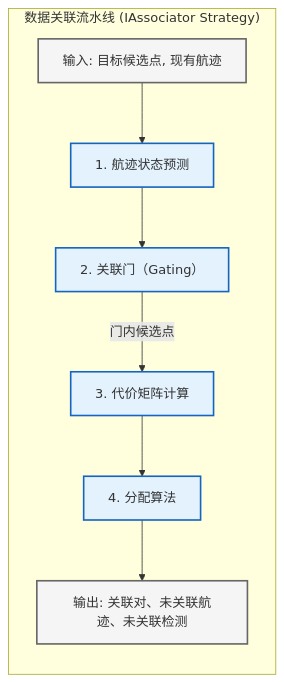
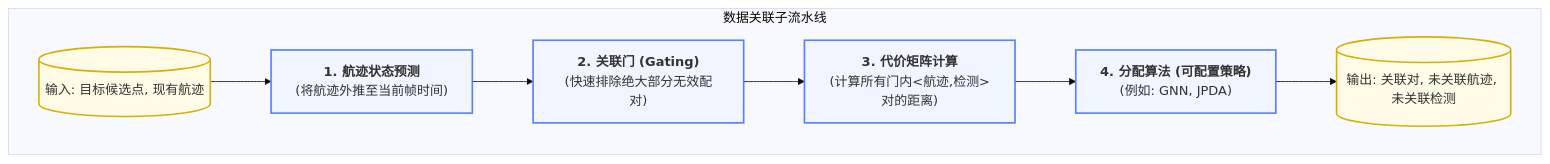
Before and after one commit to wendizhou99-cell/Radar: the seventh of 11 diagrams in docs/01_项目设计/02_模块设计/03_数据处理模块设计.md, drawn with Mermaid. The commit also changed other lines of this file and 26 other files, not shown here.

First line of the commit message:
docs: 完成数据架构文档系列重构和Mermaid可视化指南增强

````diff
--- a/docs/01_项目设计/02_模块设计/03_数据处理模块设计.md
+++ b/docs/01_项目设计/02_模块设计/03_数据处理模块设计.md
@@ -410,17 +518,28 @@
 ```mermaid
-flowchart TB
-    subgraph "数据关联流水线 (IAssociator Strategy)"
-        direction TB
+---
+  config:
+    theme: base
+    flowchart:
+      curve: basis
+---
+flowchart TD
+    %% --- 图例 (上下文颜色语义) ---
+    %% 数据实体 (浅黄)
+    %% 算法策略 (淡紫)
 
-        A[输入: 目标候选点, 现有航迹] --> B[1. 航迹状态预测];
-        B --> C[2. 关联门（Gating）];
-        C -- "门内候选点" --> D[3. 代价矩阵计算];
-        D --> E[4. 分配算法];
-        E --> F[输出: 关联对、未关联航迹、未关联检测];
+    subgraph "数据关联子流水线"
+        A[("输入: 目标候选点, 现有航迹")] --> B["<b>1. 航迹状态预测</b><br/>(将航迹外推至当前帧时间)"]
+        B --> C["<b>2. 关联门 (Gating)</b><br/>(快速排除绝大部分无效配对)"]
+        C --> D["<b>3. 代价矩阵计算</b><br/>(计算所有门内<航迹,检测>对的距离)"]
+        D --> E["<b>4. 分配算法 (可配置策略)</b><br/>(例如: GNN, JPDA)"]
+        E --> F[("输出: 关联对, 未关联航迹, 未关联检测")]
     end
 
-    classDef step fill:#e3f2fd,stroke:#1565c0,stroke-width:2px;
-    classDef out fill:#f5f5f5,stroke:#666,stroke-width:2px;
-    class B,C,D,E step;
-    class A,F out;
+    %% --- 标准 classDef 模板 ---
+    classDef role_C fill:#fffbe6,stroke:#d4b106,stroke-width:2px
+    classDef role_D fill:#f0f5ff,stroke:#597ef7,stroke-width:2px
+
+    %% --- 样式应用 ---
+    class A,F role_C
+    class B,C,D,E role_D
 ```
````
